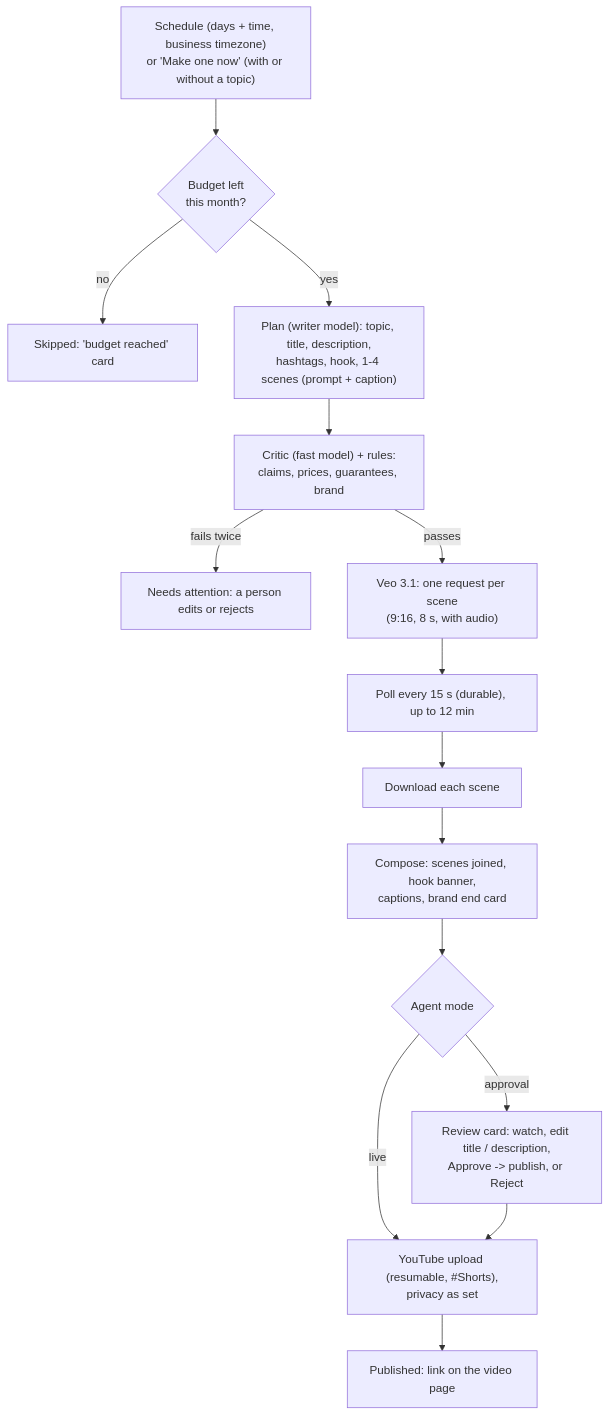
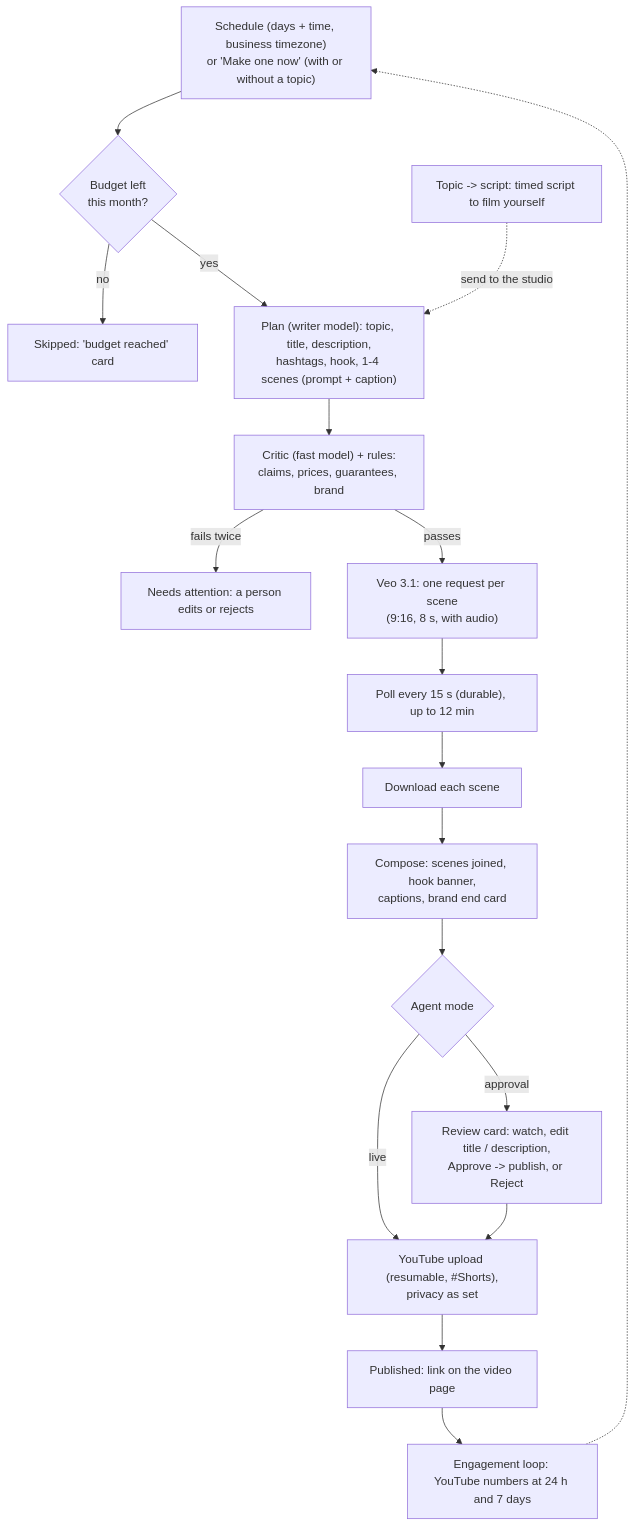
One commit to priyambansal13/agentry-ai changed the diagram in docs/flows/agents/ai-video-studio.md. Above: the diagram before and after it, drawn with Mermaid. The commit also changed other lines of this file and 36 other files, not shown here.

First line of the commit message:
Test every agent with every login; fix what it found; flows + README brought up to date

````diff
--- a/docs/flows/agents/ai-video-studio.md
+++ b/docs/flows/agents/ai-video-studio.md
@@ -19,17 +19,20 @@
 ```mermaid
 flowchart TD
   T["Schedule (days + time, business timezone)<br/>or 'Make one now' (with or without a topic)"] --> B{"Budget left<br/>this month?"}
   B -- no --> STOP["Skipped: 'budget reached' card"]
   B -- yes --> P["Plan (writer model): topic, title, description,<br/>hashtags, hook, 1-4 scenes (prompt + caption)"]
   P --> C["Critic (fast model) + rules:<br/>claims, prices, guarantees, brand"]
   C -- fails twice --> NA["Needs attention: a person edits or rejects"]
   C -- passes --> G["Veo 3.1: one request per scene<br/>(9:16, 8 s, with audio)"]
   G --> W["Poll every 15 s (durable), up to 12 min"]
   W --> D["Download each scene"]
   D --> M["Compose: scenes joined, hook banner,<br/>captions, brand end card"]
   M --> R{"Agent mode"}
   R -- approval --> AP["Review card: watch, edit title / description,<br/>Approve -> publish, or Reject"]
   R -- live --> PUB
   AP --> PUB["YouTube upload (resumable, #Shorts),<br/>privacy as set"]
   PUB --> DONE["Published: link on the video page"]
+  DONE --> EN["Engagement loop: YouTube numbers at 24 h and 7 days"]
+  EN -.-> T
+  S["Topic -> script: timed script to film yourself"] -. "send to the studio" .-> P
 ```
````
